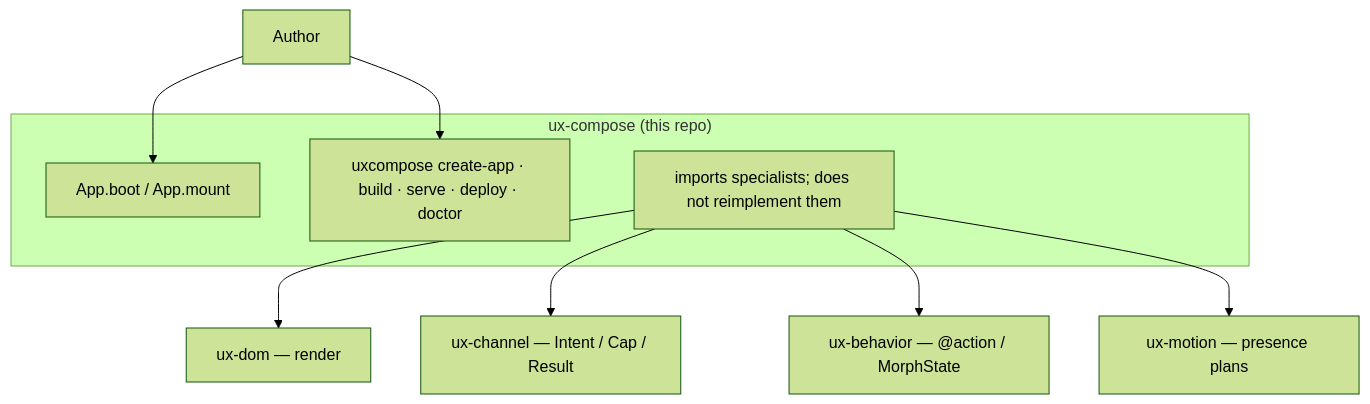
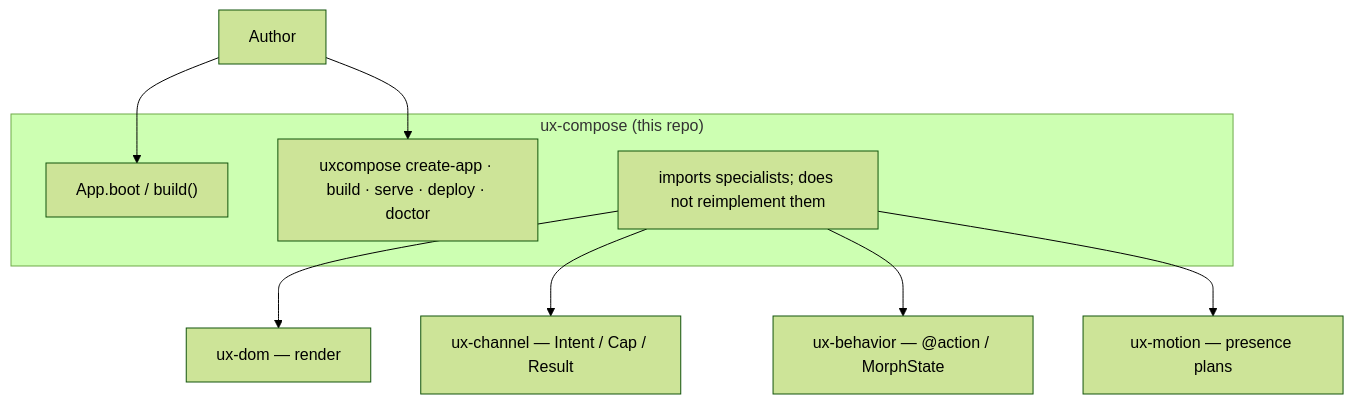
Before and after one commit to bitplorer/ux-compose: the diagram in docs/internals/c4.md, drawn with Mermaid (forest theme). The commit also changed 20 other files, not shown here.

````diff
--- a/docs/internals/c4.md
+++ b/docs/internals/c4.md
@@ -11,19 +11,19 @@
 ```mermaid
 flowchart TB
   Author[Author]
   subgraph this["ux-compose (this repo)"]
-    App["App.boot / App.mount"]
+    App["App.boot / build()"]
     CLI["uxcompose create-app · build · serve · deploy · doctor"]
     Wrap["imports specialists; does not reimplement them"]
   end
   Dom["ux-dom — render"]
   Channel["ux-channel — Intent / Cap / Result"]
   Behavior["ux-behavior — @action / MorphState"]
   Motion["ux-motion — presence plans"]
   Author --> App
   Author --> CLI
   Wrap --> Dom
   Wrap --> Channel
   Wrap --> Behavior
   Wrap --> Motion
 ```
````
